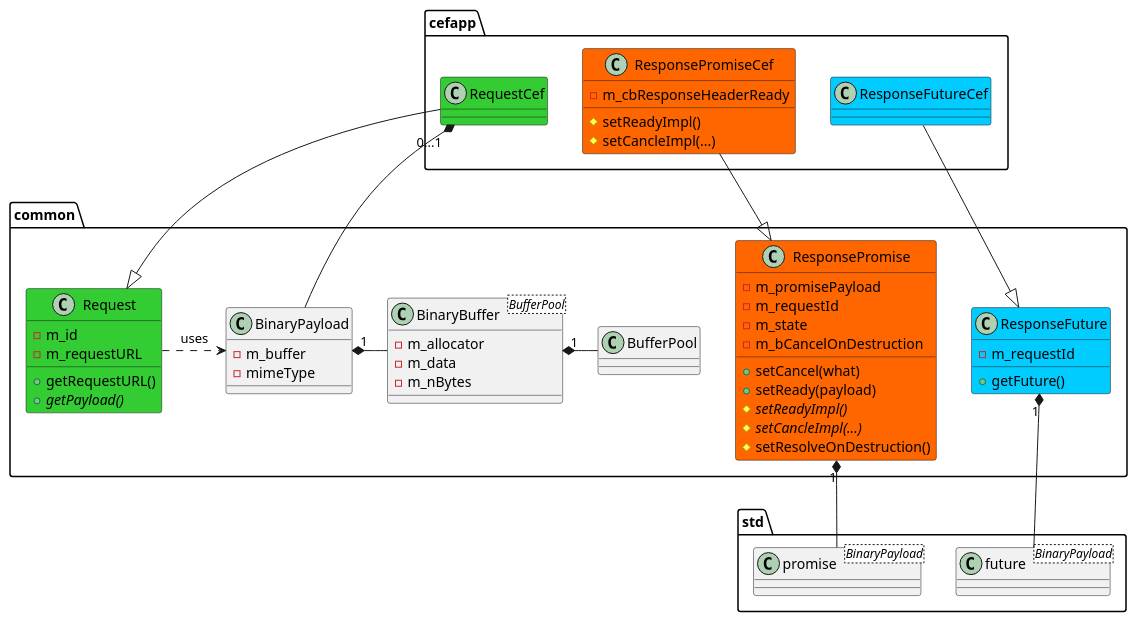
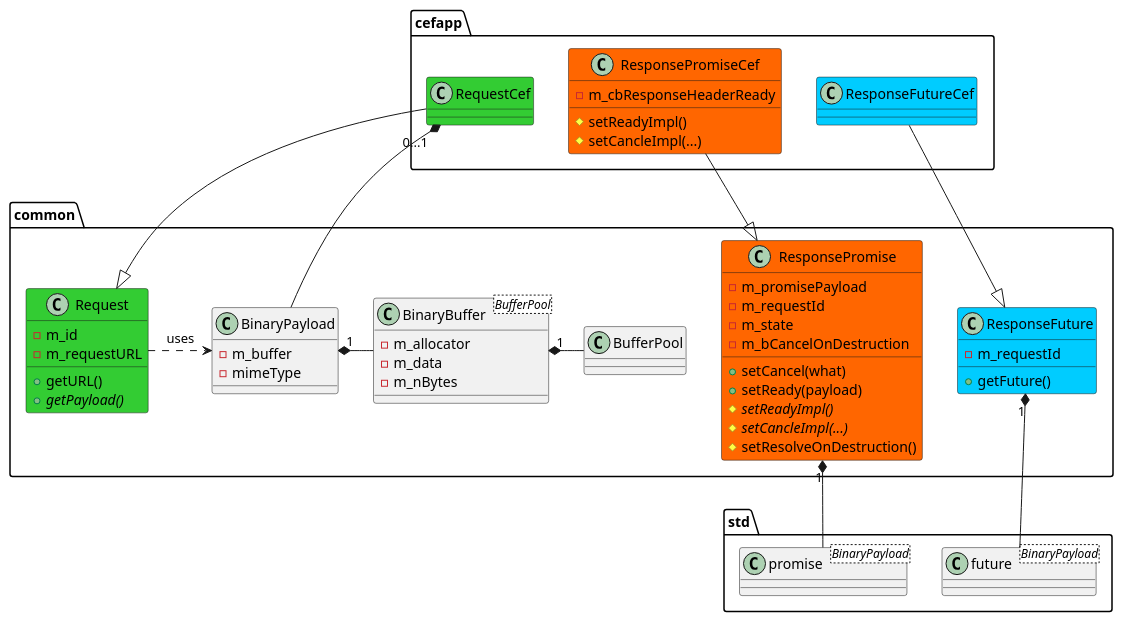
One commit to gabyx/ExecutionGraph changed the diagram in gui/specs/request-response.plantuml. Above: the diagram before and after it, drawn with PlantUML. The commit also changed 27 other files, not shown here.

Commit message:
wip: GraphInfoRequestHandler

```diff
--- a/gui/specs/request-response.plantuml
+++ b/gui/specs/request-response.plantuml
@@ -2,65 +2,65 @@
 @startuml
 set namespaceSeparator ::
 skinparam shadowing false
 
 namespace common {
     class BinaryBuffer<BufferPool> {
         - m_allocator
         - m_data
         - m_nBytes
     }
     class BinaryPayload {
         - m_buffer
         - mimeType
     }
 
     class BufferPool
     class Request #33cc33 {
-        + getRequestURL()
+        + getURL()
         + getPayload() {abstract}
         - m_id
         - m_requestURL
     }
     class ResponsePromise #ff6600 {
         + setCancel(what)
         + setReady(payload)
         # setReadyImpl() {abstract}
         # setCancleImpl(...) {abstract}
         # setResolveOnDestruction()
         - m_promisePayload
         - m_requestId
         - m_state
         - m_bCancelOnDestruction
     }
     class ResponseFuture #00ccff {
         + getFuture()
         - m_requestId
     }
 }
 
 namespace cefapp {
     class RequestCef #33cc33
     class ResponsePromiseCef #ff6600 {
         # setReadyImpl()
         # setCancleImpl(...)
         - m_cbResponseHeaderReady
     }
     class ResponseFutureCef #00ccff
 }
 
 namespace std {
     class promise<BinaryPayload>
     class future<BinaryPayload>
 }
 
 cefapp::RequestCef --|> common::Request
 cefapp::ResponsePromiseCef --|> common::ResponsePromise
 common::ResponsePromise "1" *-- std::promise
 cefapp::ResponseFutureCef --|> common::ResponseFuture
 common::ResponseFuture "1" *-- std::future
 
 common::Request .right.> common::BinaryPayload : uses
 cefapp::RequestCef "0...1" *--  common::BinaryPayload
 common::BinaryPayload "1" *-right- common::BinaryBuffer
 common::BinaryBuffer "1" *-right- common::BufferPool
 @enduml
```
